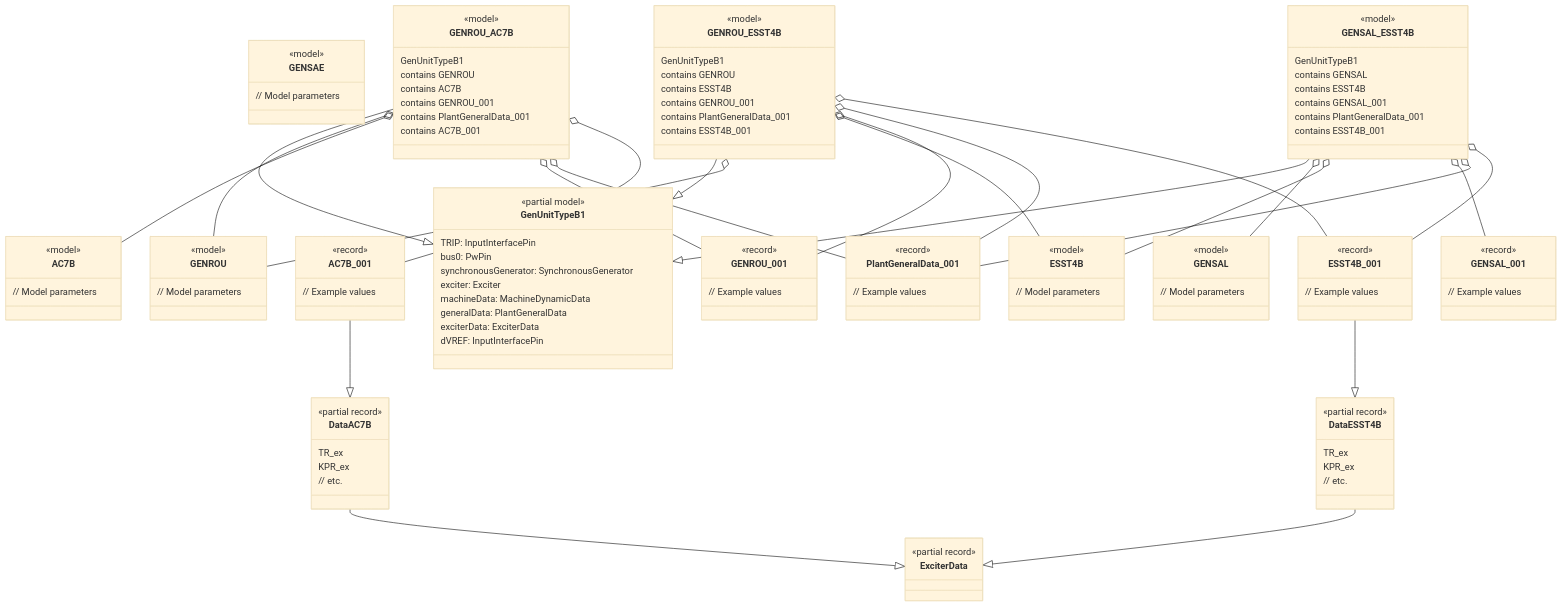
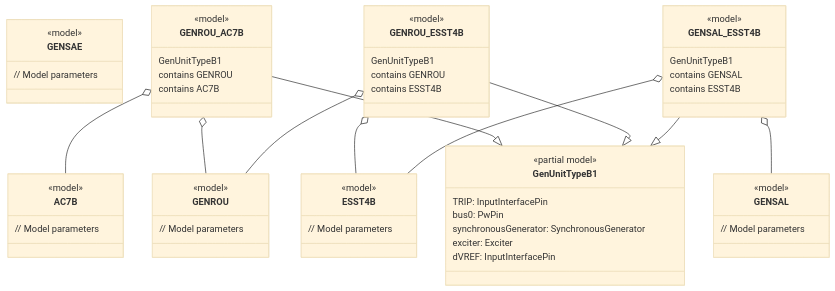
The first of 3 diagrams in modelica/OpalRT/docs/TypeB.md (Opal-RT-Technologies/ephasorsim-modelica-library), drawn with Mermaid (base theme) before and after one commit. The commit also changed other lines of this file and 56 other files, not shown here.

````diff
--- a/modelica/OpalRT/docs/TypeB.md
+++ b/modelica/OpalRT/docs/TypeB.md
@@ -52,9 +38,6 @@
         bus0: PwPin
         synchronousGenerator: SynchronousGenerator
         exciter: Exciter
-        machineData: MachineDynamicData
-        generalData: PlantGeneralData
-        exciterData: ExciterData
         dVREF: InputInterfacePin
     }
 
@@ -82,99 +65,37 @@
         // Model parameters
     }
 
-    %% Exciter Data Record Hierarchy
-    class ExciterData {
-        <<partial record>>
-    }
-    class DataAC7B {
-        <<partial record>>
-        TR_ex
-        KPR_ex
-        // etc.
-    }
-    class DataESST4B {
-        <<partial record>>
-        TR_ex
-        KPR_ex
-        // etc.
-    }
-    class AC7B_001 {
-        <<record>>
-        // Example values
-    }
-    class ESST4B_001 {
-        <<record>>
-        // Example values
-    }
-
-    %% General Data Records
-    class PlantGeneralData_001 {
-        <<record>>
-        // Example values
-    }
-    class GENROU_001 {
-        <<record>>
-        // Example values
-    }
-    class GENSAL_001 {
-        <<record>>
-        // Example values
-    }
-
     %% Concrete Models (examples)
     class GENROU_AC7B {
         <<model>>
         GenUnitTypeB1
         contains GENROU
         contains AC7B
-        contains GENROU_001
-        contains PlantGeneralData_001
-        contains AC7B_001
     }
     class GENROU_ESST4B {
         <<model>>
         GenUnitTypeB1
         contains GENROU
         contains ESST4B
-        contains GENROU_001
-        contains PlantGeneralData_001
-        contains ESST4B_001
     }
     class GENSAL_ESST4B {
         <<model>>
         GenUnitTypeB1
         contains GENSAL
         contains ESST4B
-        contains GENSAL_001
-        contains PlantGeneralData_001
-        contains ESST4B_001
     }
 
     %% Relationships
-    DataAC7B --|> ExciterData
-    AC7B_001 --|> DataAC7B
-    DataESST4B --|> ExciterData
-    ESST4B_001 --|> DataESST4B
-
     GENROU_AC7B --|> GenUnitTypeB1
     GENROU_ESST4B --|> GenUnitTypeB1
     GENSAL_ESST4B --|> GenUnitTypeB1
 
     GENROU_AC7B o-- GENROU
     GENROU_AC7B o-- AC7B
-    GENROU_AC7B o-- GENROU_001
-    GENROU_AC7B o-- PlantGeneralData_001
-    GENROU_AC7B o-- AC7B_001
 
     GENROU_ESST4B o-- GENROU
     GENROU_ESST4B o-- ESST4B
-    GENROU_ESST4B o-- GENROU_001
-    GENROU_ESST4B o-- PlantGeneralData_001
-    GENROU_ESST4B o-- ESST4B_001
 
     GENSAL_ESST4B o-- GENSAL
     GENSAL_ESST4B o-- ESST4B
-    GENSAL_ESST4B o-- GENSAL_001
-    GENSAL_ESST4B o-- PlantGeneralData_001
-    GENSAL_ESST4B o-- ESST4B_001
 ```
````
